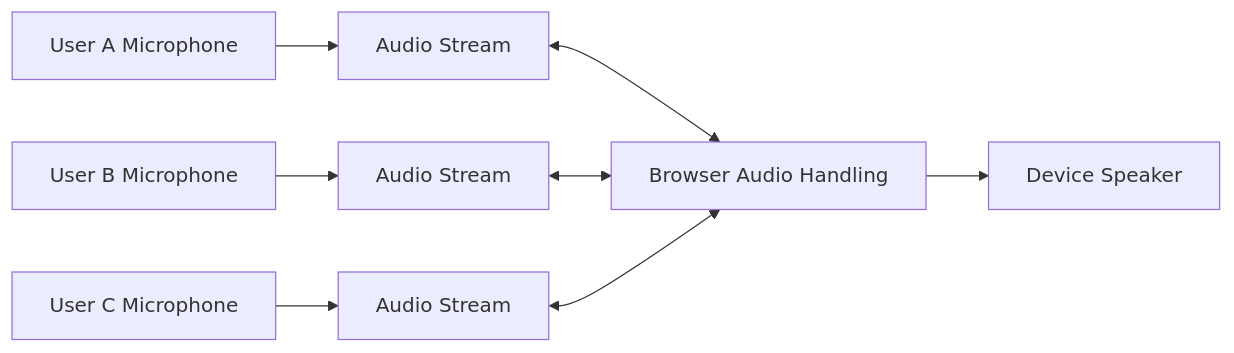
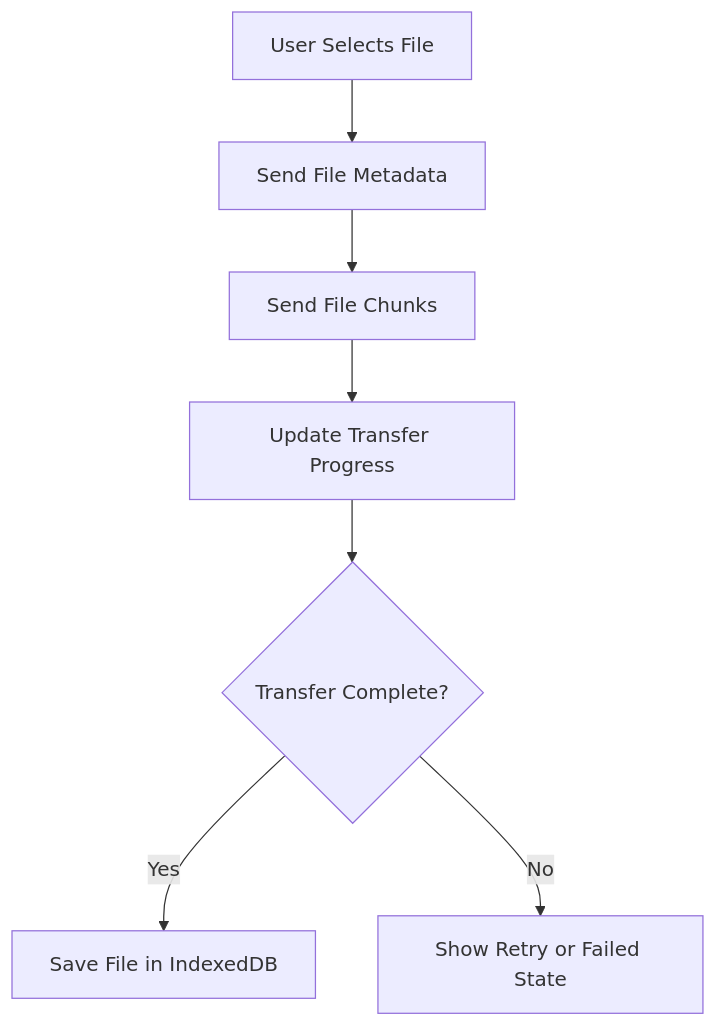
Before and after one commit to zongobase-Web/ZongoLink-V1: the seventh of 8 diagrams in docs/ARCHITECTURE.md, drawn with Mermaid. The commit also changed other lines of this file, not shown here.

````diff
--- a/docs/ARCHITECTURE.md
+++ b/docs/ARCHITECTURE.md
@@ -338,12 +298,9 @@
 ```mermaid
-flowchart LR
-    UserA["User A Microphone"] --> StreamA["Audio Stream"]
-    UserB["User B Microphone"] --> StreamB["Audio Stream"]
-    UserC["User C Microphone"] --> StreamC["Audio Stream"]
-
-    StreamA <--> Mixer["Browser Audio Handling"]
-    StreamB <--> Mixer
-    StreamC <--> Mixer
-
-    Mixer --> Output["Device Speaker"]
+flowchart TD
+    Select["User Selects File"] --> Metadata["Send File Metadata"]
+    Metadata --> Chunks["Send File Chunks"]
+    Chunks --> Progress["Update Transfer Progress"]
+    Progress --> Complete{"Transfer Complete?"}
+    Complete -->|Yes| Store["Save File in IndexedDB"]
+    Complete -->|No| Retry["Show Retry or Failed State"]
 ```
````
